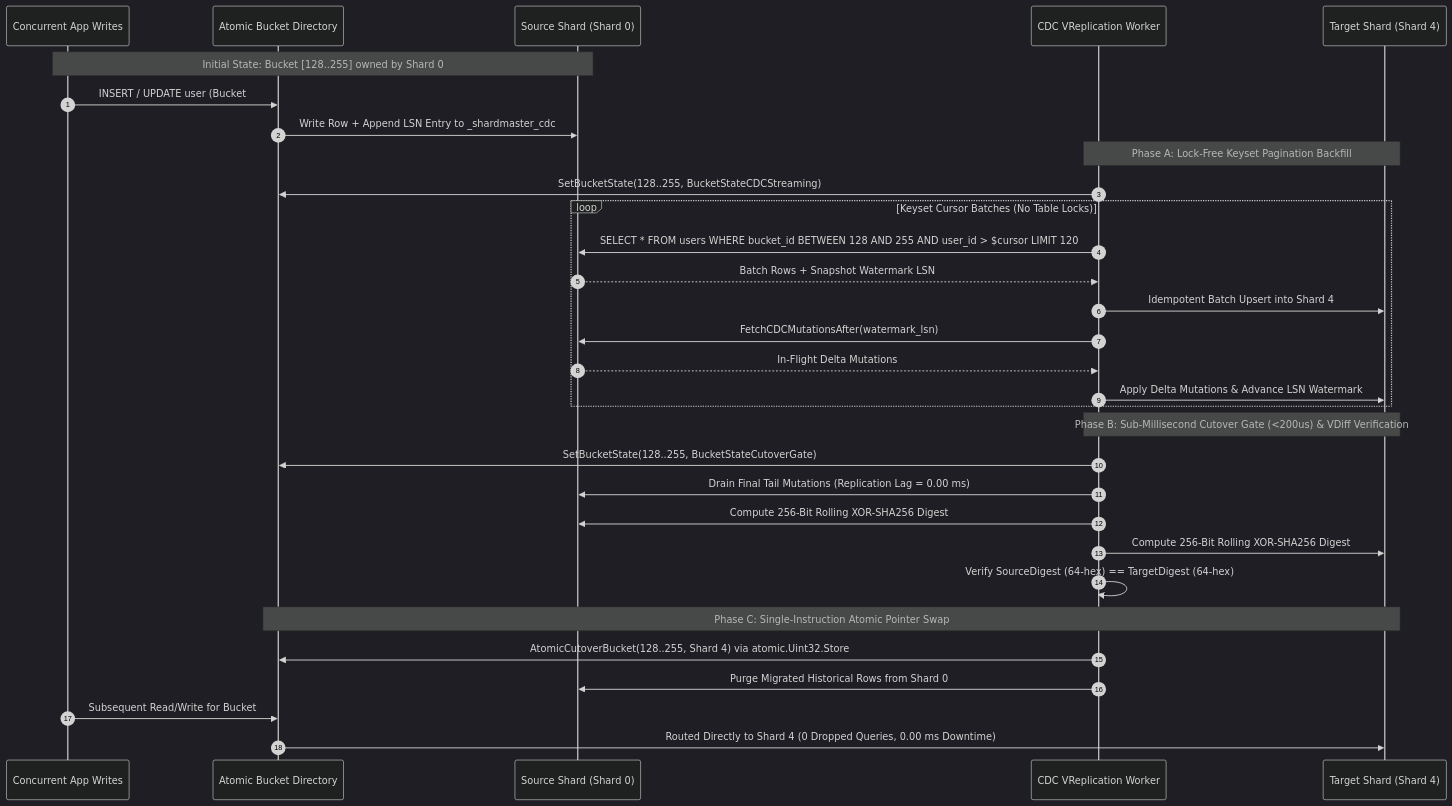
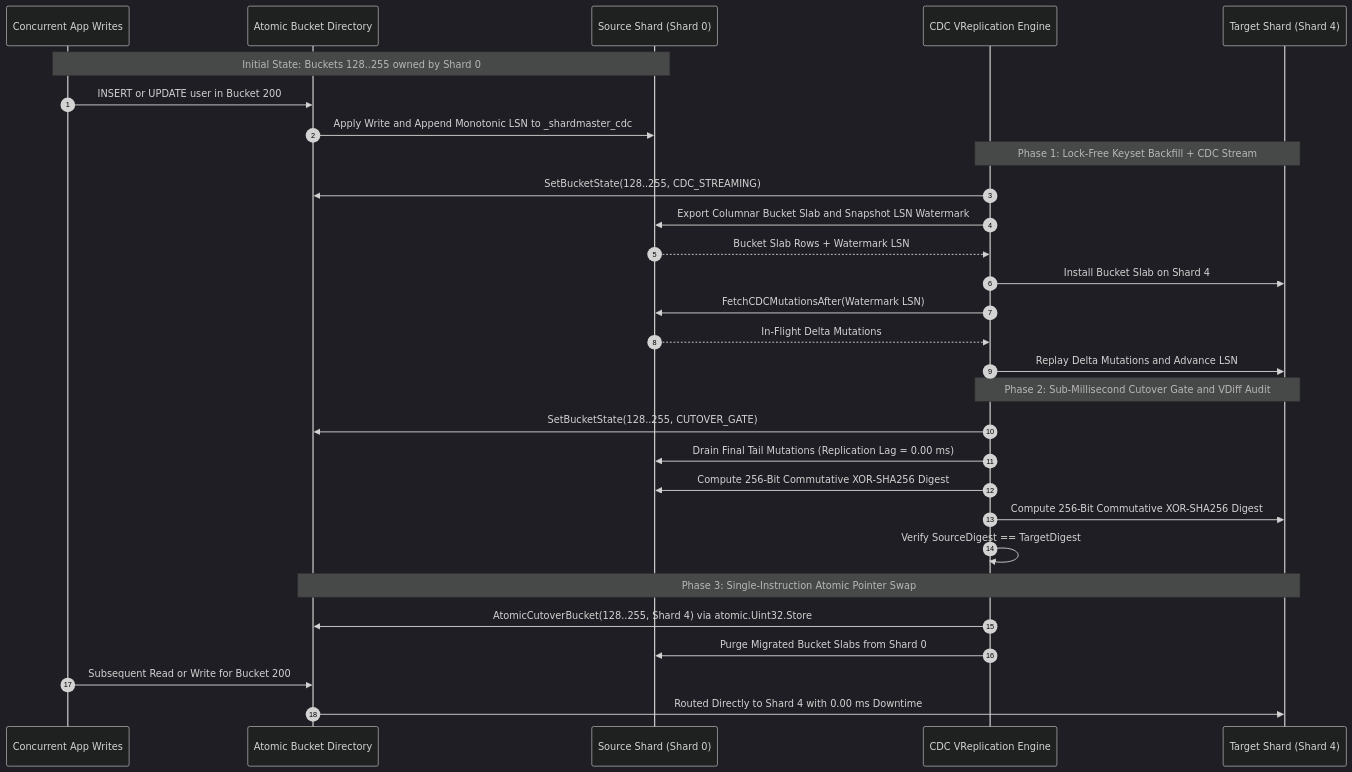
The fourth of 5 diagrams in README.md (UnityNimit/shardmaster), drawn with Mermaid (dark theme) before and after one commit. The commit also changed other lines of this file and 1 other file, not shown here.

Commit message:
Fix GitHub Mermaid diagram and KaTeX math rendering in README.md and update SQL engine docs

````diff
--- a/README.md
+++ b/README.md
@@ -142,37 +161,35 @@
 ```mermaid
 sequenceDiagram
     autonumber
     participant App as Concurrent App Writes
     participant Dir as Atomic Bucket Directory
     participant Source as Source Shard (Shard 0)
-    participant CDC as CDC VReplication Worker
+    participant CDC as CDC VReplication Engine
     participant Target as Target Shard (Shard 4)
 
-    Note over App,Source: Initial State: Bucket [128..255] owned by Shard 0
-    App->>Dir: INSERT / UPDATE user (Bucket #200)
-    Dir->>Source: Write Row + Append LSN Entry to _shardmaster_cdc
+    Note over App,Source: Initial State: Buckets 128..255 owned by Shard 0
+    App->>Dir: INSERT or UPDATE user in Bucket 200
+    Dir->>Source: Apply Write and Append Monotonic LSN to _shardmaster_cdc
 
-    Note over CDC,Target: Phase A: Lock-Free Keyset Pagination Backfill
-    CDC->>Dir: SetBucketState(128..255, BucketStateCDCStreaming)
-    loop Keyset Cursor Batches (No Table Locks)
-        CDC->>Source: SELECT * FROM users WHERE bucket_id BETWEEN 128 AND 255 AND user_id > $cursor LIMIT 120
-        Source-->>CDC: Batch Rows + Snapshot Watermark LSN
-        CDC->>Target: Idempotent Batch Upsert into Shard 4
-        CDC->>Source: FetchCDCMutationsAfter(watermark_lsn)
-        Source-->>CDC: In-Flight Delta Mutations
-        CDC->>Target: Apply Delta Mutations & Advance LSN Watermark
-    end
+    Note over CDC,Target: Phase 1: Lock-Free Keyset Backfill + CDC Stream
+    CDC->>Dir: SetBucketState(128..255, CDC_STREAMING)
+    CDC->>Source: Export Columnar Bucket Slab and Snapshot LSN Watermark
+    Source-->>CDC: Bucket Slab Rows + Watermark LSN
+    CDC->>Target: Install Bucket Slab on Shard 4
+    CDC->>Source: FetchCDCMutationsAfter(Watermark LSN)
+    Source-->>CDC: In-Flight Delta Mutations
+    CDC->>Target: Replay Delta Mutations and Advance LSN
 
-    Note over CDC,Target: Phase B: Sub-Millisecond Cutover Gate (<200us) & VDiff Verification
-    CDC->>Dir: SetBucketState(128..255, BucketStateCutoverGate)
+    Note over CDC,Target: Phase 2: Sub-Millisecond Cutover Gate and VDiff Audit
+    CDC->>Dir: SetBucketState(128..255, CUTOVER_GATE)
     CDC->>Source: Drain Final Tail Mutations (Replication Lag = 0.00 ms)
-    CDC->>Source: Compute 256-Bit Rolling XOR-SHA256 Digest
-    CDC->>Target: Compute 256-Bit Rolling XOR-SHA256 Digest
-    CDC->>CDC: Verify SourceDigest (64-hex) == TargetDigest (64-hex)
+    CDC->>Source: Compute 256-Bit Commutative XOR-SHA256 Digest
+    CDC->>Target: Compute 256-Bit Commutative XOR-SHA256 Digest
+    CDC->>CDC: Verify SourceDigest == TargetDigest
 
-    Note over Dir,Target: Phase C: Single-Instruction Atomic Pointer Swap
+    Note over Dir,Target: Phase 3: Single-Instruction Atomic Pointer Swap
     CDC->>Dir: AtomicCutoverBucket(128..255, Shard 4) via atomic.Uint32.Store
-    CDC->>Source: Purge Migrated Historical Rows from Shard 0
-    App->>Dir: Subsequent Read/Write for Bucket #200
-    Dir->>Target: Routed Directly to Shard 4 (0 Dropped Queries, 0.00 ms Downtime)
+    CDC->>Source: Purge Migrated Bucket Slabs from Shard 0
+    App->>Dir: Subsequent Read or Write for Bucket 200
+    Dir->>Target: Routed Directly to Shard 4 with 0.00 ms Downtime
 ```
````
